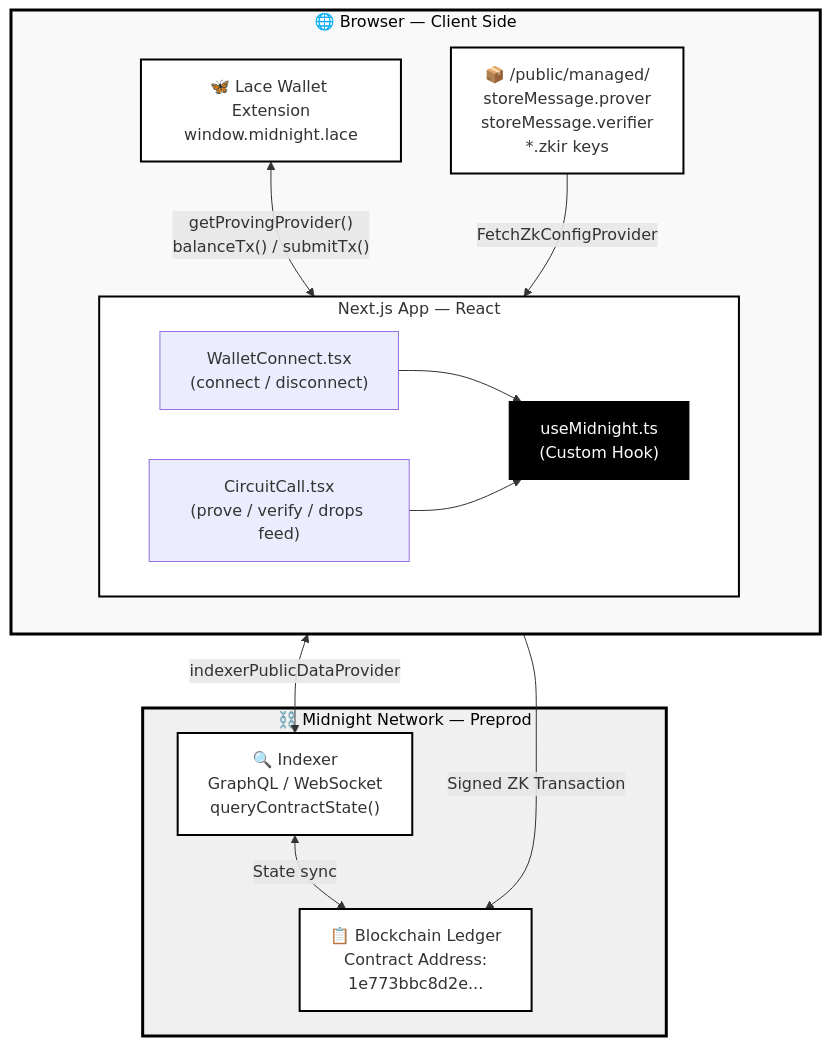
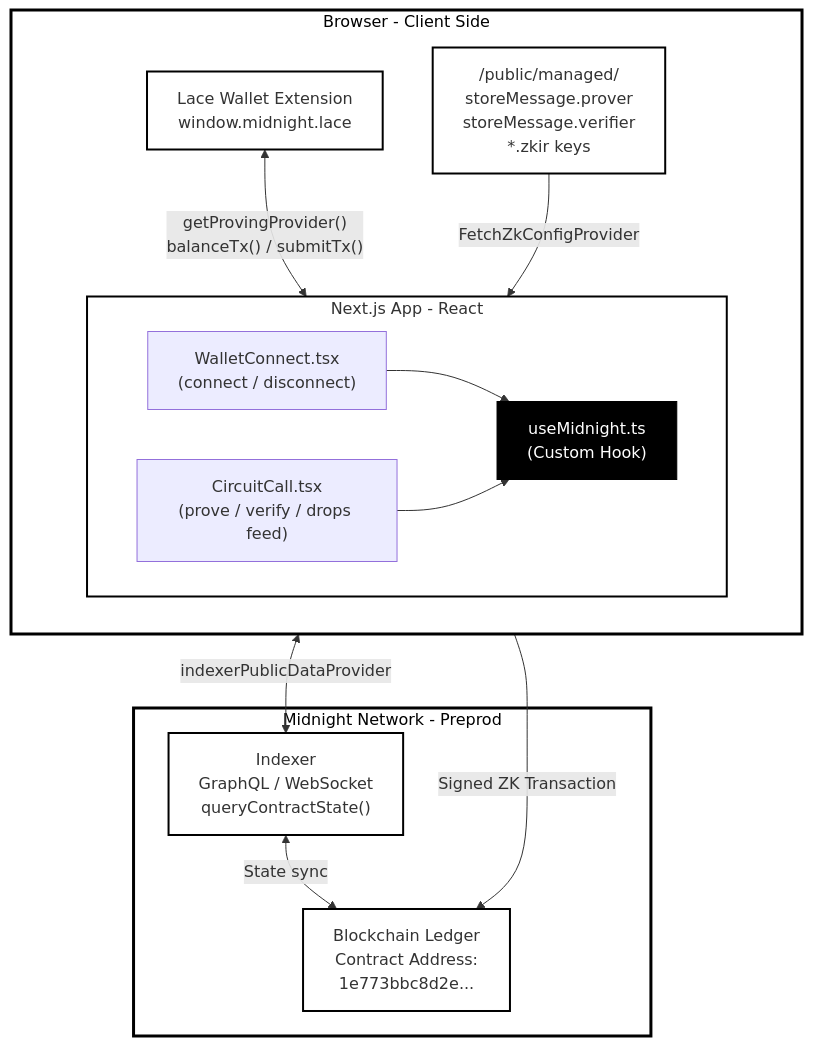
Before and after one commit to akxh5/midnight-shot: the first of 2 diagrams in README.md, drawn with Mermaid. The commit also changed other lines of this file, not shown here.

Commit message:
docs: make diagrams transparent and remove all emojis

````diff
--- a/README.md
+++ b/README.md
@@ -21,36 +21,36 @@
 ```mermaid
 flowchart TD
-    subgraph BROWSER["🌐 Browser — Client Side"]
+    subgraph BROWSER["Browser - Client Side"]
         direction TB
-        LACE["🦋 Lace Wallet Extension\nwindow.midnight.lace"]
-        subgraph APP["Next.js App — React"]
+        LACE["Lace Wallet Extension\nwindow.midnight.lace"]
+        subgraph APP["Next.js App - React"]
             direction LR
             WC["WalletConnect.tsx\n(connect / disconnect)"]
             CC["CircuitCall.tsx\n(prove / verify / drops feed)"]
             HOOK["useMidnight.ts\n(Custom Hook)"]
             WC --> HOOK
             CC --> HOOK
         end
-        ZK["📦 /public/managed/\nstoreMessage.prover\nstoreMessage.verifier\n*.zkir keys"]
+        ZK["/public/managed/\nstoreMessage.prover\nstoreMessage.verifier\n*.zkir keys"]
         LACE <-->|"getProvingProvider()\nbalanceTx() / submitTx()"| HOOK
         ZK -->|"FetchZkConfigProvider"| HOOK
     end
 
-    subgraph MIDNIGHT["⛓️ Midnight Network — Preprod"]
-        IDX["🔍 Indexer\nGraphQL / WebSocket\nqueryContractState()"]
-        CHAIN["📋 Blockchain Ledger\nContract Address:\n1e773bbc8d2e..."]
+    subgraph MIDNIGHT["Midnight Network - Preprod"]
+        IDX["Indexer\nGraphQL / WebSocket\nqueryContractState()"]
+        CHAIN["Blockchain Ledger\nContract Address:\n1e773bbc8d2e..."]
         IDX <-->|"State sync"| CHAIN
     end
 
     HOOK <-->|"indexerPublicDataProvider"| IDX
     HOOK -->|"Signed ZK Transaction"| CHAIN
 
-    style BROWSER fill:#f9f9f9,stroke:#000,stroke-width:3px,color:#000
-    style MIDNIGHT fill:#f0f0f0,stroke:#000,stroke-width:3px,color:#000
-    style LACE fill:#fff,stroke:#000,stroke-width:2px
-    style APP fill:#fff,stroke:#000,stroke-width:2px
-    style ZK fill:#fff,stroke:#000,stroke-width:2px
+    style BROWSER fill:none,stroke:#000,stroke-width:3px,color:#000
+    style MIDNIGHT fill:none,stroke:#000,stroke-width:3px,color:#000
+    style LACE fill:none,stroke:#000,stroke-width:2px
+    style APP fill:none,stroke:#000,stroke-width:2px
+    style ZK fill:none,stroke:#000,stroke-width:2px
     style HOOK fill:#000,stroke:#000,color:#fff
-    style IDX fill:#fff,stroke:#000,stroke-width:2px
-    style CHAIN fill:#fff,stroke:#000,stroke-width:2px
+    style IDX fill:none,stroke:#000,stroke-width:2px
+    style CHAIN fill:none,stroke:#000,stroke-width:2px
 ```
````
